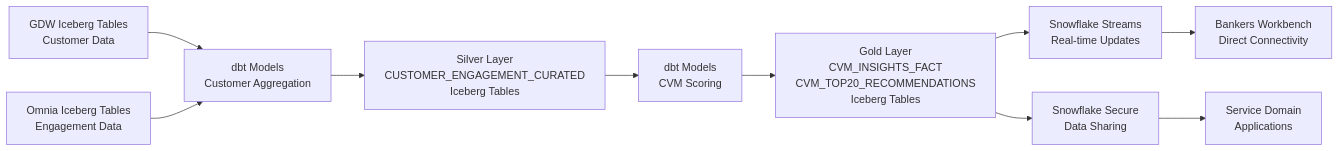
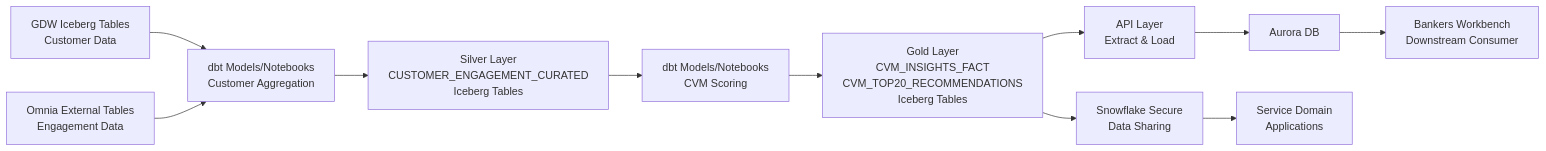
Before and after one commit to sfc-gh-mhindi/REPO_CBA: diagram 21 of 22 in 15-BB-QPD Future State/QPD - Future State.md, drawn with Mermaid. The commit also changed other lines of this file, not shown here.

````diff
--- a/15-BB-QPD Future State/QPD - Future State.md
+++ b/15-BB-QPD Future State/QPD - Future State.md
@@ -1796,12 +1799,13 @@
 ```mermaid
 graph LR
-    GDW[GDW Iceberg Tables<br/>Customer Data] --> Silver_transform[dbt Models<br/>Customer Aggregation]
-    Omnia[Omnia Iceberg Tables<br/>Engagement Data] --> Silver_transform
+    GDW[GDW Iceberg Tables<br/>Customer Data] --> Silver_transform[dbt Models/Notebooks<br/>Customer Aggregation]
+    Omnia[Omnia External Tables<br/>Engagement Data] --> Silver_transform
     Silver_transform --> Silver[Silver Layer<br/>CUSTOMER_ENGAGEMENT_CURATED<br/>Iceberg Tables]
-    Silver --> dbt_gold[dbt Models<br/>CVM Scoring]
+    Silver --> dbt_gold[dbt Models/Notebooks<br/>CVM Scoring]
     dbt_gold --> Gold[Gold Layer<br/>CVM_INSIGHTS_FACT<br/>CVM_TOP20_RECOMMENDATIONS<br/>Iceberg Tables]
-    Gold --> Streams[Snowflake Streams<br/>Real-time Updates]
-    Streams --> BWB[Bankers Workbench<br/>Direct Connectivity]
+    Gold --> API[API Layer<br/>Extract & Load]
+    API --> Aurora[Aurora DB]
+    Aurora --> BWB[Bankers Workbench<br/>Downstream Consumer]
     Gold --> DataShare[Snowflake Secure<br/>Data Sharing]
     DataShare --> ServiceDomain[Service Domain<br/>Applications]
 ```
````
